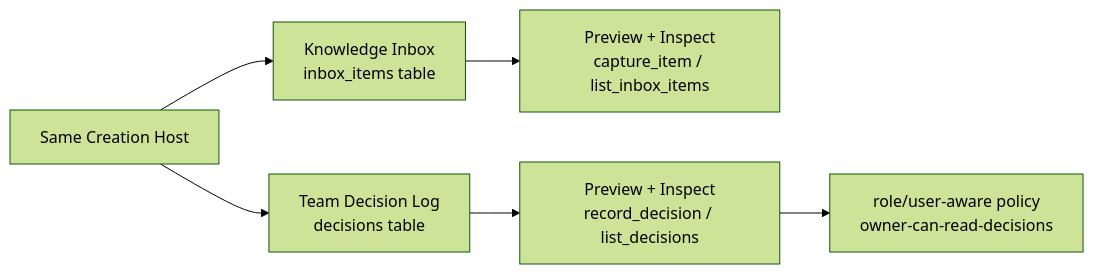
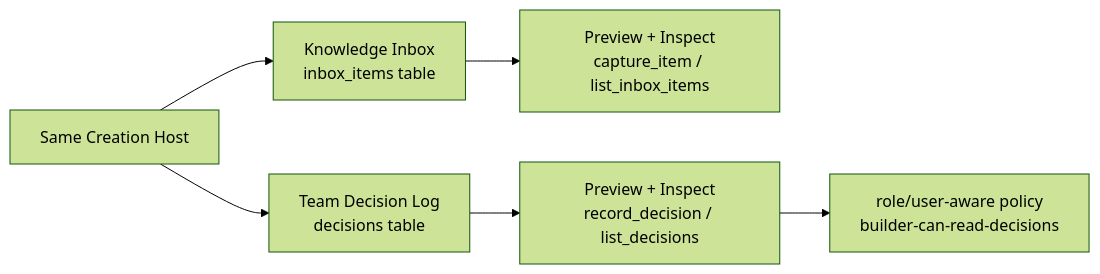
The diagram in docs/architecture/milestone-15-snapshot.md (pandazki/pneuma-framework), drawn with Mermaid (forest theme) before and after one commit. The commit also changed other lines of this file and 7 other files, not shown here.

````diff
--- a/docs/architecture/milestone-15-snapshot.md
+++ b/docs/architecture/milestone-15-snapshot.md
@@ -23,8 +23,8 @@
 ```mermaid
 flowchart LR
   H["Same Creation Host"] --> KI["Knowledge Inbox<br/>inbox_items table"]
   H --> DL["Team Decision Log<br/>decisions table"]
   KI --> KIP["Preview + Inspect<br/>capture_item / list_inbox_items"]
   DL --> DLP["Preview + Inspect<br/>record_decision / list_decisions"]
-  DLP --> P["role/user-aware policy<br/>owner-can-read-decisions"]
+  DLP --> P["role/user-aware policy<br/>builder-can-read-decisions"]
 ```
````
